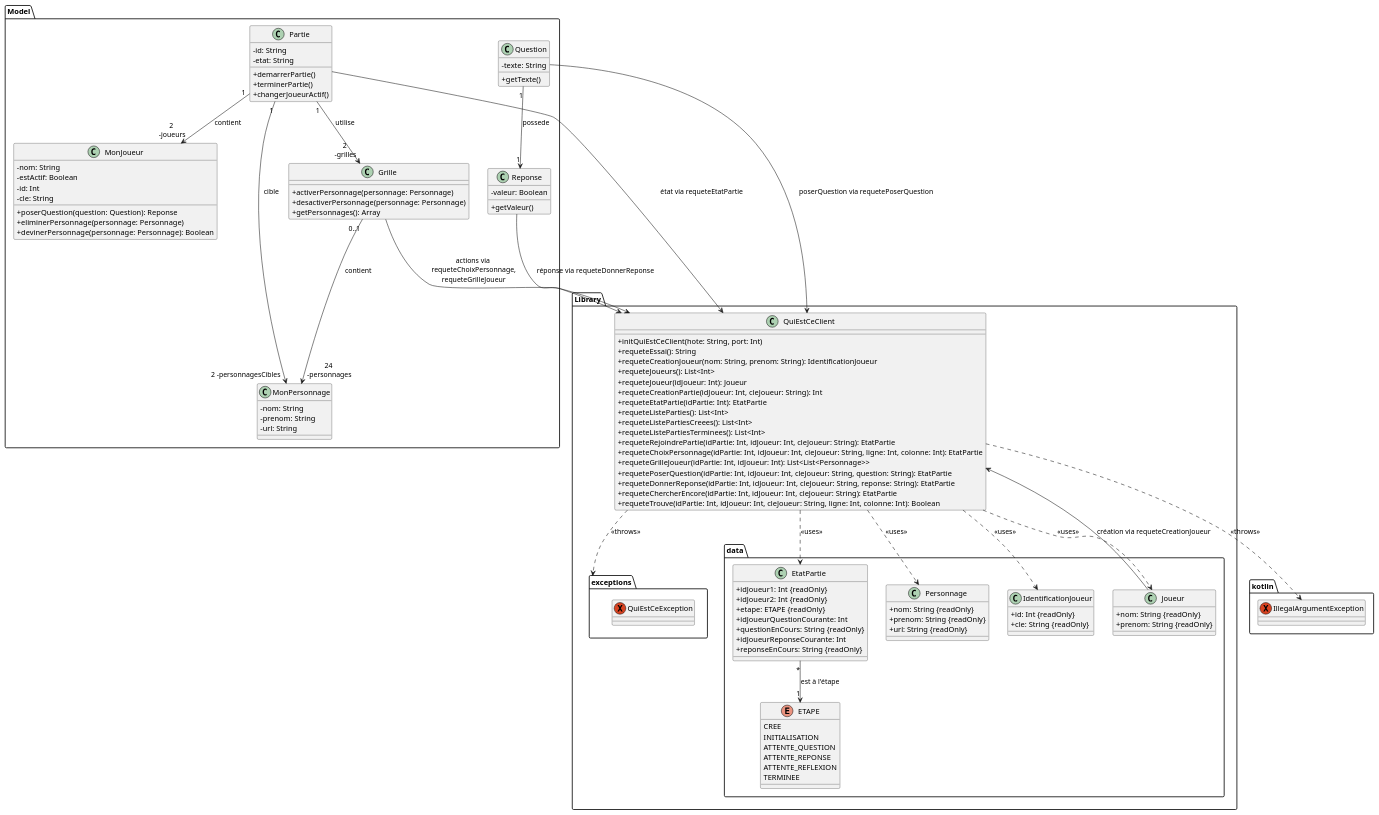
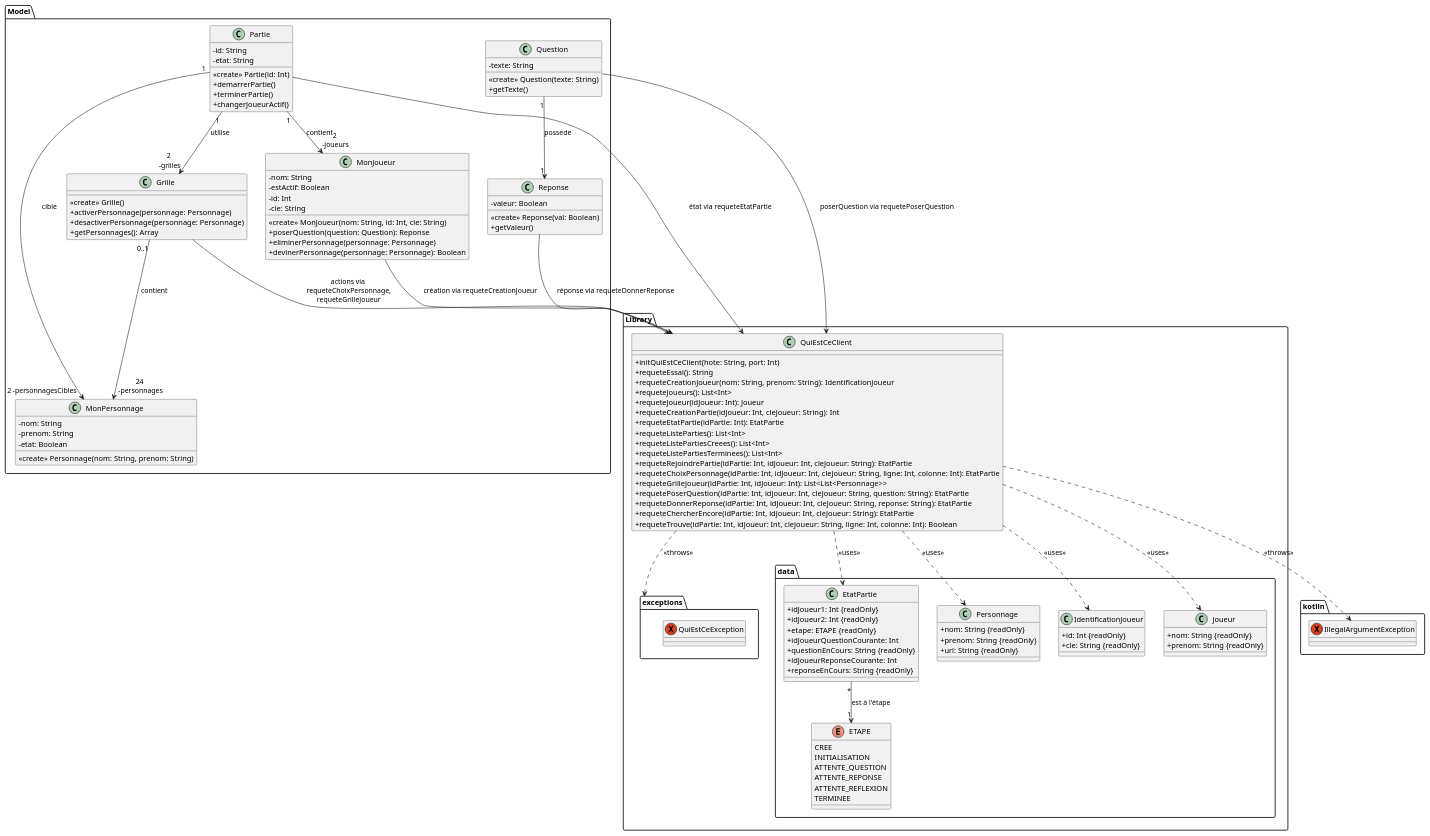
One commit to KoThek64/Jeu_Qui_Est_Ce changed the diagram in documentation/ConceptionArchitecturale.puml. Above: the diagram before and after it, drawn with PlantUML. The commit also changed 6 other files, not shown here.

Commit message:
quelques changement dans les UML

```diff
--- a/documentation/ConceptionArchitecturale.puml
+++ b/documentation/ConceptionArchitecturale.puml
@@ -1,153 +1,159 @@
 @startuml
 skinparam classAttributeIconSize 0
 
 package "Library" {
 
   class QuiEstCeClient {
     +initQuiEstCeClient(hote: String, port: Int)
     +requeteEssai(): String
     +requeteCreationJoueur(nom: String, prenom: String): IdentificationJoueur
     +requeteJoueurs(): List<Int>
     +requeteJoueur(idJoueur: Int): Joueur
     +requeteCreationPartie(idJoueur: Int, cleJoueur: String): Int
     +requeteEtatPartie(idPartie: Int): EtatPartie
     +requeteListeParties(): List<Int>
     +requeteListePartiesCreees(): List<Int>
     +requeteListePartiesTerminees(): List<Int>
     +requeteRejoindrePartie(idPartie: Int, idJoueur: Int, cleJoueur: String): EtatPartie
     +requeteChoixPersonnage(idPartie: Int, idJoueur: Int, cleJoueur: String, ligne: Int, colonne: Int): EtatPartie
     +requeteGrilleJoueur(idPartie: Int, idJoueur: Int): List<List<Personnage>>
     +requetePoserQuestion(idPartie: Int, idJoueur: Int, cleJoueur: String, question: String): EtatPartie
     +requeteDonnerReponse(idPartie: Int, idJoueur: Int, cleJoueur: String, reponse: String): EtatPartie
     +requeteChercherEncore(idPartie: Int, idJoueur: Int, cleJoueur: String): EtatPartie
     +requeteTrouve(idPartie: Int, idJoueur: Int, cleJoueur: String, ligne: Int, colonne: Int): Boolean
   }
 
   package "exceptions" {
 
         exception QuiEstCeException
 
     }
 
   package "data" {
 
         class EtatPartie {
             +idJoueur1: Int {readOnly}
             +idJoueur2: Int {readOnly}
             +etape: ETAPE {readOnly}
             +idJoueurQuestionCourante: Int
             +questionEnCours: String {readOnly}
             +idJoueurReponseCourante: Int
             +reponseEnCours: String {readOnly}
         }
 
         enum ETAPE {
             CREE
             INITIALISATION
             ATTENTE_QUESTION
             ATTENTE_REPONSE
             ATTENTE_REFLEXION
             TERMINEE
         }
 
         class Personnage {
             +nom: String {readOnly}
             +prenom: String {readOnly}
             +url: String {readOnly}
         }
 
         class IdentificationJoueur {
             +id: Int {readOnly}
             +cle: String {readOnly}
         }
 
         class Joueur {
             +nom: String {readOnly}
             +prenom: String {readOnly}
         }
 
     }
 
   ' Associations in Library
   QuiEstCeClient ..> exceptions : <<throws>>
   QuiEstCeClient ..> Joueur : <<uses>>
   QuiEstCeClient ..> EtatPartie : <<uses>>
   EtatPartie "*" --> "1" ETAPE : est à l'étape
   QuiEstCeClient ..> Personnage : <<uses>>
   QuiEstCeClient ..> IdentificationJoueur : <<uses>>
 
 
 }
 
 
 package kotlin {
 
     exception IllegalArgumentException
 
     QuiEstCeClient ..> IllegalArgumentException : <<throws>>
 
 }
 
 
 package Model {
 
     class MonJoueur {
     -nom: String
     -estActif: Boolean
     -id: Int
     -cle: String
+    <<create>> MonJoueur(nom: String, id: Int, cle: String)
     +poserQuestion(question: Question): Reponse
     +eliminerPersonnage(personnage: Personnage)
     +devinerPersonnage(personnage: Personnage): Boolean
   }
 
   class Partie {
     -id: String
     -etat: String
+    <<create>> Partie(id: Int)
     +demarrerPartie()
     +terminerPartie()
     +changerJoueurActif()
   }
 
   class Grille {
+    <<create>> Grille()
     +activerPersonnage(personnage: Personnage)
     +desactiverPersonnage(personnage: Personnage)
     +getPersonnages(): Array
   }
 
   class MonPersonnage {
     -nom: String
     -prenom: String
-    -url: String
+    -etat: Boolean
+    <<create>> Personnage(nom: String, prenom: String)
   }
 
   class Question {
     -texte: String
+    <<create>> Question(texte: String)
     +getTexte()
   }
 
   class Reponse {
     -valeur: Boolean
+    <<create>> Reponse(val: Boolean)
     +getValeur()
   }
 
   ' Associations in Model
   Partie "1" --> "2\n -joueurs" MonJoueur : contient
   'MonJoueur "1" --> "0..*" Question : pose
   Question "1" --> "1" Reponse : possede
   Partie "1" --> "2\n -grilles" Grille : utilise
   Grille "0..1" --> "24\n -personnages" MonPersonnage : contient
   Partie "1" --> "2 -personnagesCibles" MonPersonnage : cible
 
 }
 
 ' Associations out Model
 Partie --> QuiEstCeClient : état via requeteEtatPartie
-Joueur --> QuiEstCeClient : création via requeteCreationJoueur
+MonJoueur --> QuiEstCeClient : création via requeteCreationJoueur
 Grille --> QuiEstCeClient : actions via\n requeteChoixPersonnage,\n requeteGrilleJoueur
 Question --> QuiEstCeClient : poserQuestion via requetePoserQuestion
 Reponse --> QuiEstCeClient : réponse via requeteDonnerReponse
 
 
 
 @enduml
```
